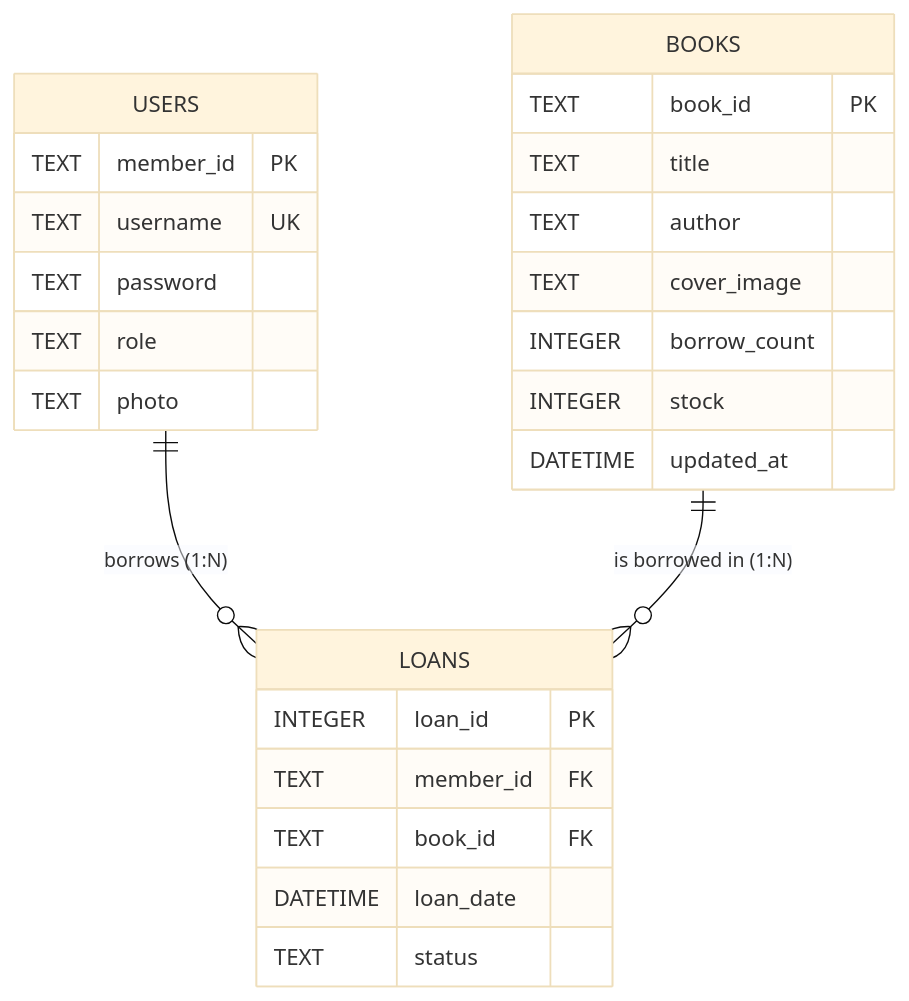
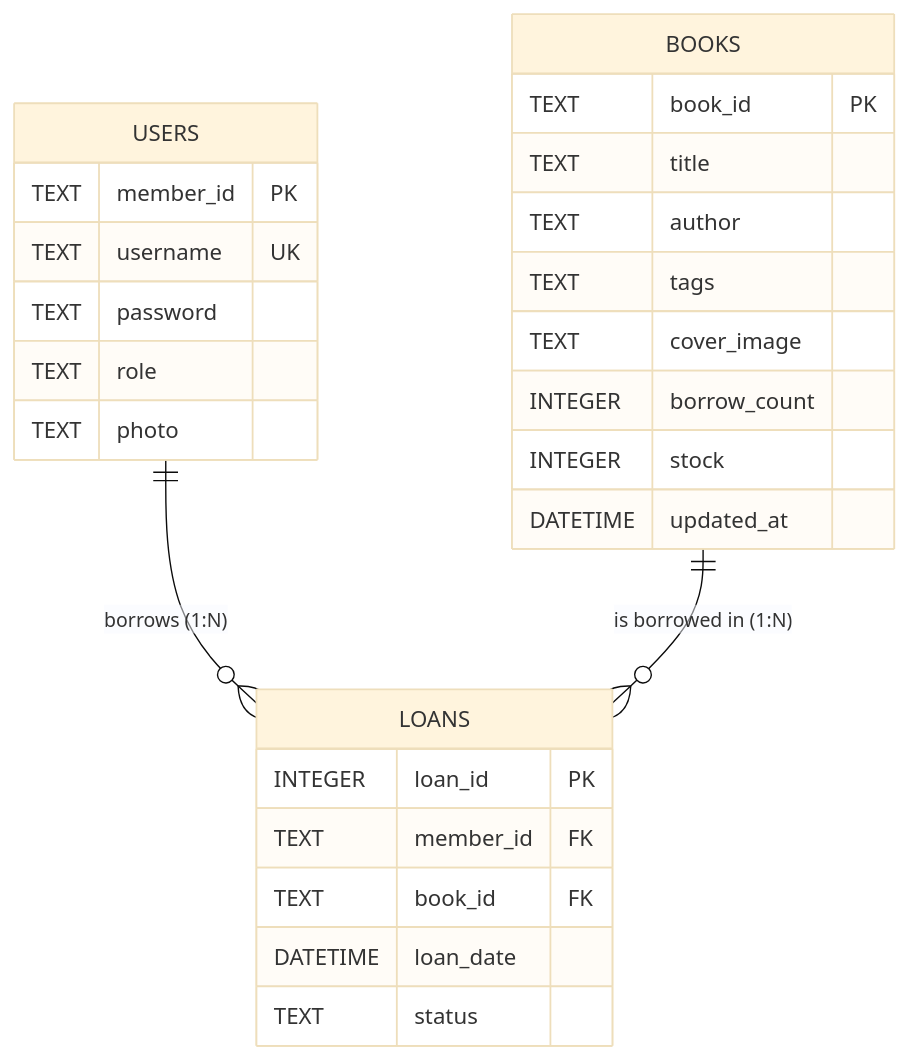
The diagram in README.md (RapliVx/elysia-perpus), drawn with Mermaid (base theme) before and after one commit. The commit also changed other lines of this file, not shown here.

First line of the commit message:
docs: update README with AI features and flow

````diff
--- a/README.md
+++ b/README.md
@@ -43,32 +190,33 @@
 ```mermaid
 erDiagram
     USERS ||--o{ LOANS : "borrows (1:N)"
     BOOKS ||--o{ LOANS : "is borrowed in (1:N)"
 
     USERS {
         TEXT member_id PK
         TEXT username UK
         TEXT password
         TEXT role
         TEXT photo
     }
 
     BOOKS {
         TEXT book_id PK
         TEXT title
         TEXT author
+        TEXT tags
         TEXT cover_image
         INTEGER borrow_count
         INTEGER stock
         DATETIME updated_at
     }
 
     LOANS {
         INTEGER loan_id PK
         TEXT member_id FK
         TEXT book_id FK
         DATETIME loan_date
         TEXT status
     }
 
 ```
````
